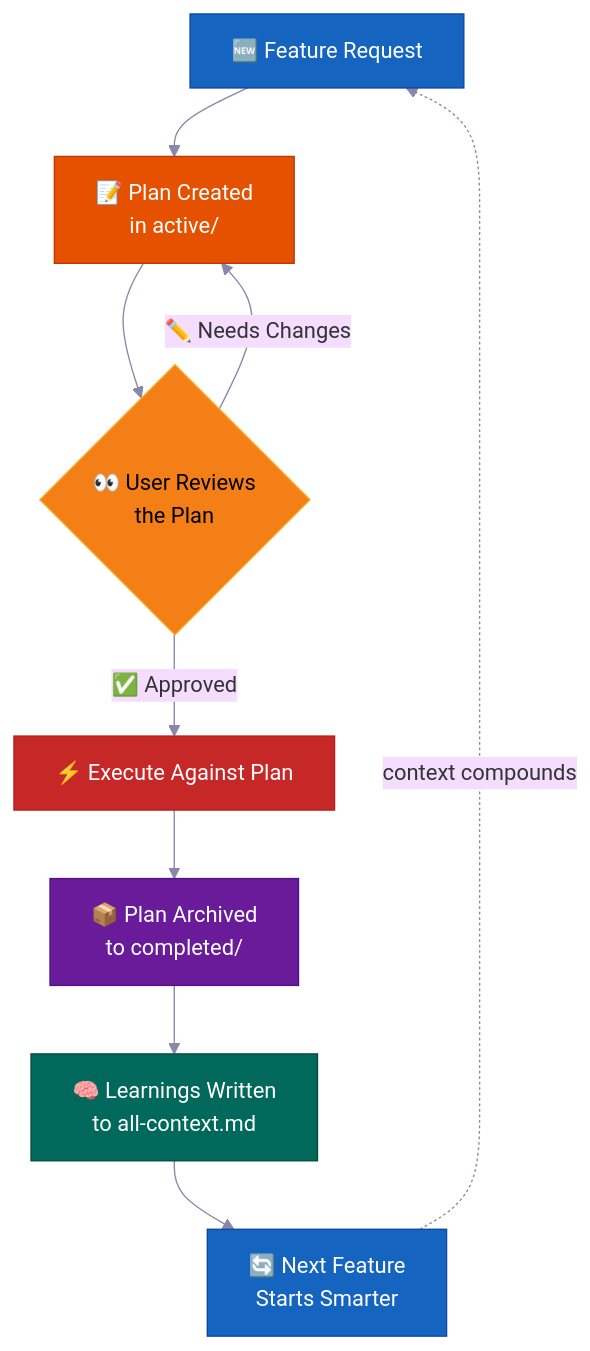
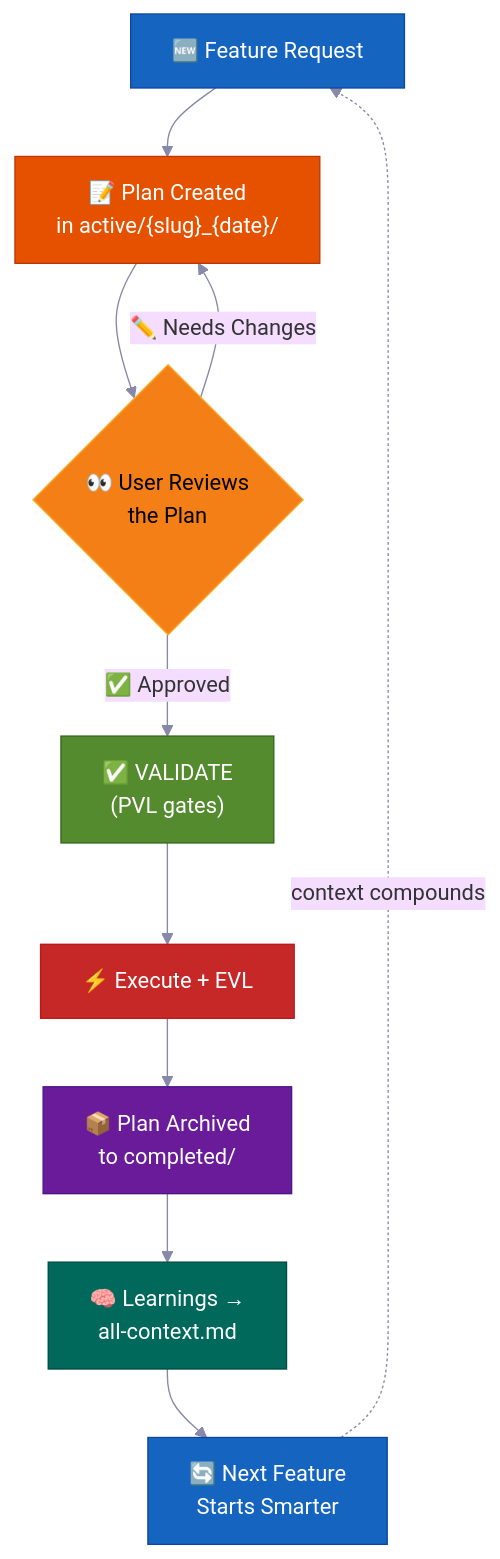
One commit to Erlangga15/vibecode-pro-max-kit changed the tenth of 14 diagrams in README.md. Above: the diagram before and after it, drawn with Mermaid. The commit also changed other lines of this file and 43 other files, not shown here.

````diff
--- a/README.md
+++ b/README.md
@@ -902,28 +1142,26 @@
 ```mermaid
 %%{init: {'theme': 'base', 'themeVariables': {'fontSize': '16px', 'lineColor': '#8888AA'}} }%%
 flowchart TD
     A["🆕 Feature Request"]
-    B["📝 Plan Created\nin active/"]
+    B["📝 Plan Created\nin active/{slug}_{date}/"]
     C{"👀 User Reviews\nthe Plan"}
-    D["⚡ Execute Against Plan"]
-    E["📦 Plan Archived\nto completed/"]
-    F["🧠 Learnings Written\nto all-context.md"]
-    G["🔄 Next Feature\nStarts Smarter"]
+    D["✅ VALIDATE\n(PVL gates)"]
+    E["⚡ Execute + EVL"]
+    F["📦 Plan Archived\nto completed/"]
+    G["🧠 Learnings →\nall-context.md"]
+    H["🔄 Next Feature\nStarts Smarter"]
 
-    A --> B
-    B --> C
-    C -->|"✅ Approved"| D
+    A --> B --> C
     C -->|"✏️ Needs Changes"| B
-    D --> E
-    E --> F
-    F --> G
-    G -.->|"context compounds"| A
+    C -->|"✅ Approved"| D --> E --> F --> G --> H
+    H -.->|"context compounds"| A
 
     style A fill:#1565C0,stroke:#0D47A1,color:#FFFFFF
     style B fill:#E65100,stroke:#BF360C,color:#FFFFFF
     style C fill:#F57F17,stroke:#F9A825,color:#000000
-    style D fill:#C62828,stroke:#B71C1C,color:#FFFFFF
-    style E fill:#6A1B9A,stroke:#4A148C,color:#FFFFFF
-    style F fill:#00695C,stroke:#004D40,color:#FFFFFF
-    style G fill:#1565C0,stroke:#0D47A1,color:#FFFFFF
+    style D fill:#558B2F,stroke:#33691E,color:#FFFFFF
+    style E fill:#C62828,stroke:#B71C1C,color:#FFFFFF
+    style F fill:#6A1B9A,stroke:#4A148C,color:#FFFFFF
+    style G fill:#00695C,stroke:#004D40,color:#FFFFFF
+    style H fill:#1565C0,stroke:#0D47A1,color:#FFFFFF
 ```
````
